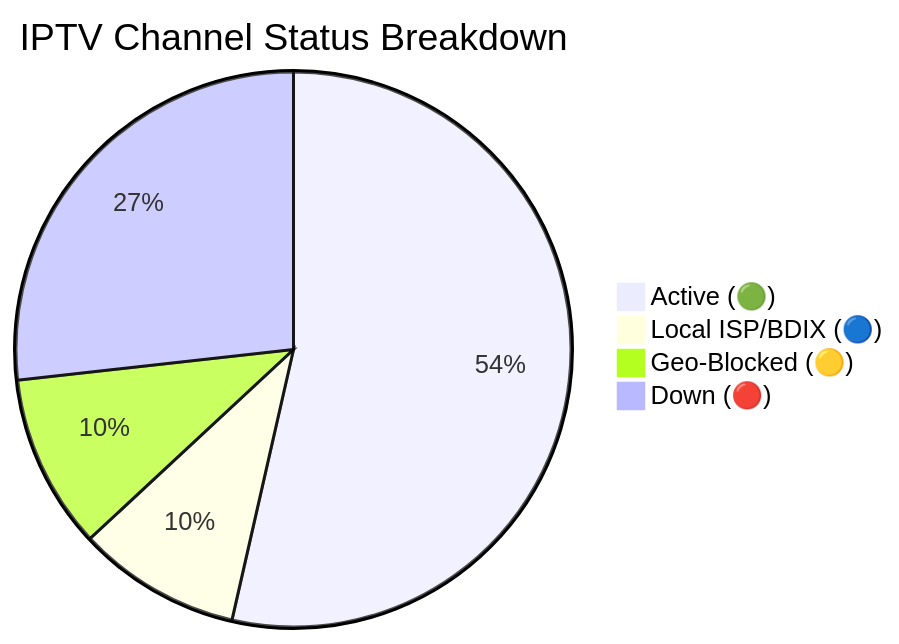
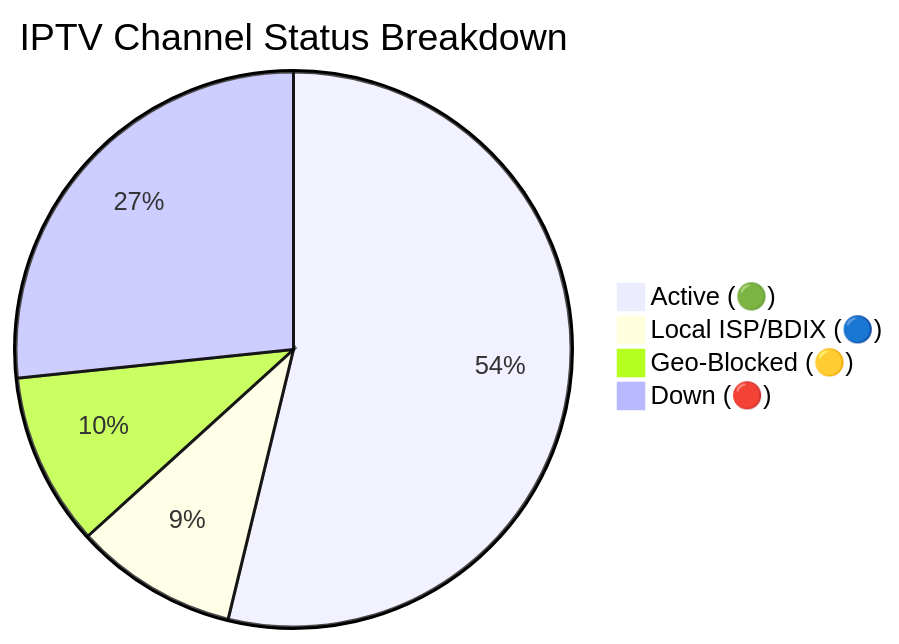
One commit to f6388600-ai/Web changed the diagram in README.md. Above: the diagram before and after it, drawn with Mermaid. The commit also changed other lines of this file and 6 other files, not shown here.

````diff
--- a/README.md
+++ b/README.md
@@ -149,7 +149,7 @@
 ```mermaid
 pie title IPTV Channel Status Breakdown
-    "Active (🟢)" : 9545
-    "Local ISP/BDIX (🔵)" : 1697
-    "Geo-Blocked (🟡)" : 1810
-    "Down (🔴)" : 4769
+    "Active (🟢)" : 9577
+    "Local ISP/BDIX (🔵)" : 1689
+    "Geo-Blocked (🟡)" : 1795
+    "Down (🔴)" : 4745
 ```
````
